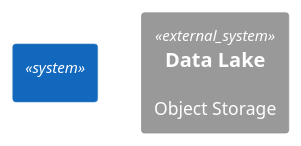
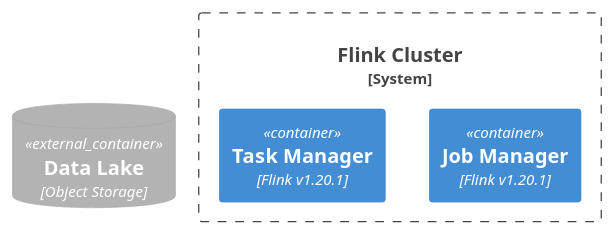
One commit to yanghoon/obsidian-workspace changed the diagram in Projects/Data Pipeline Architecture.md. Above: the diagram before and after it, drawn with PlantUML.

Commit message:
vault backup: 2025-05-03 12:30:06

````diff
--- a/Projects/Data Pipeline Architecture.md
+++ b/Projects/Data Pipeline Architecture.md
@@ -2,11 +2,15 @@
 ```plantuml
 @startuml
 
 !include <C4/C4_Container>
 
-System(flink, "", "")
-System_Ext(lake, "Data Lake", "Object Storage")
+System_Boundary(flink, "Flink Cluster") {
+	Container(flink_job, "Job Manager", "Flink v1.20.1")
+	Container(flink_task, "Task Manager", "Flink v1.20.1")
+}
+
+ContainerDb_Ext(lake, "Data Lake", "Object Storage")
 
 
 @enduml
 ```
````
